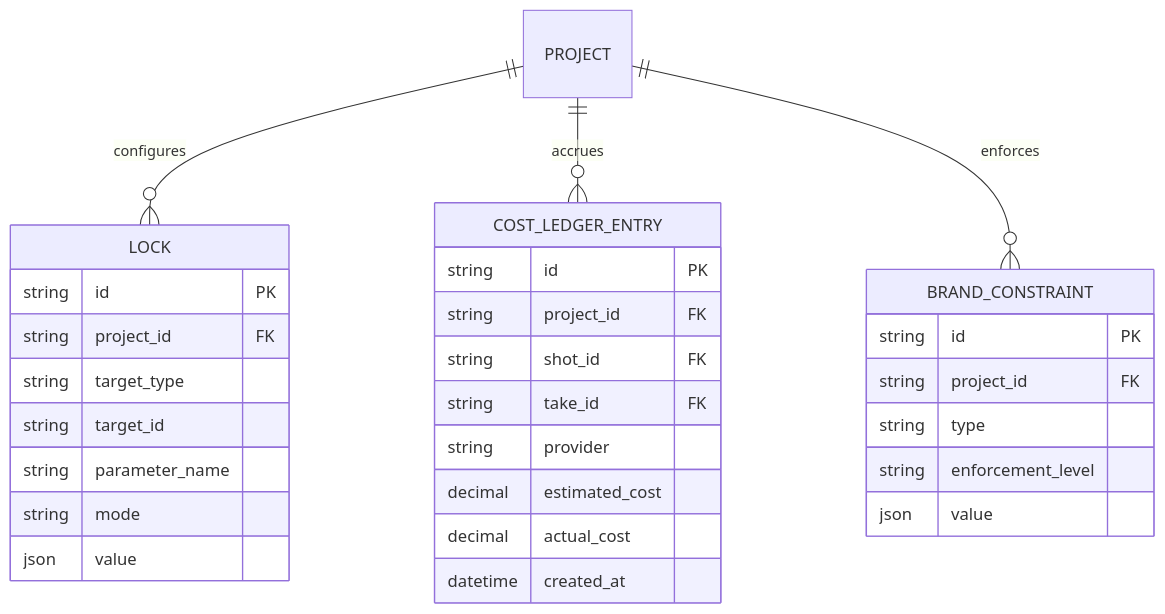
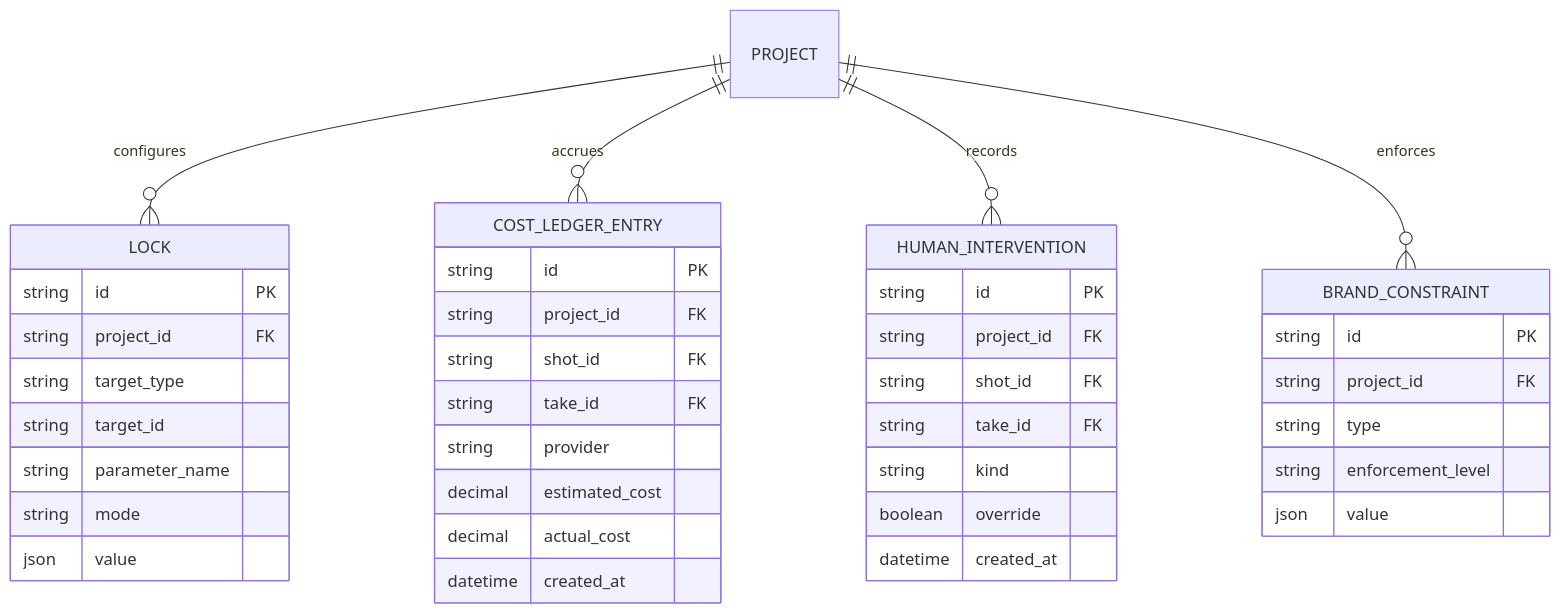
One commit to ousiassllc/mam changed the fifth of 6 diagrams in spec/architecture/er.md. Above: the diagram before and after it, drawn with Mermaid. The commit also changed other lines of this file and 31 other files, not shown here.

````diff
--- a/spec/architecture/er.md
+++ b/spec/architecture/er.md
@@ -384,33 +384,43 @@
 ```mermaid
 erDiagram
     PROJECT ||--o{ LOCK : configures
     PROJECT ||--o{ COST_LEDGER_ENTRY : accrues
+    PROJECT ||--o{ HUMAN_INTERVENTION : records
     PROJECT ||--o{ BRAND_CONSTRAINT : enforces
 
     LOCK {
         string id PK
         string project_id FK
         string target_type
         string target_id
         string parameter_name
         string mode
         json value
     }
     COST_LEDGER_ENTRY {
         string id PK
         string project_id FK
         string shot_id FK
         string take_id FK
         string provider
         decimal estimated_cost
         decimal actual_cost
         datetime created_at
     }
+    HUMAN_INTERVENTION {
+        string id PK
+        string project_id FK
+        string shot_id FK
+        string take_id FK
+        string kind
+        boolean override
+        datetime created_at
+    }
     BRAND_CONSTRAINT {
         string id PK
         string project_id FK
         string type
         string enforcement_level
         json value
     }
 ```
````
